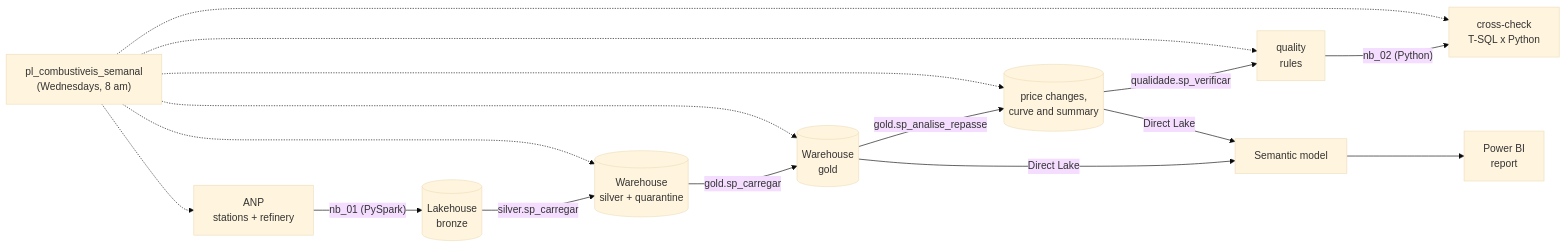
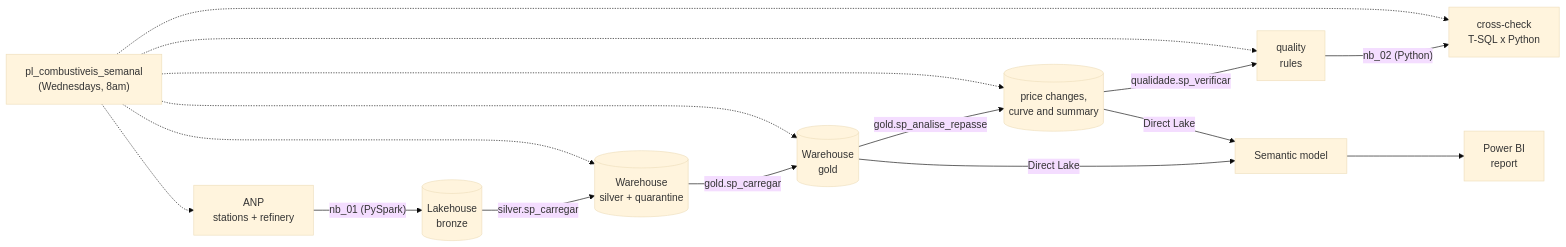
The diagram in README.en.md (GuilhermeRostirolla/precos-combustiveis-fabric), drawn with Mermaid (base theme) before and after one commit. The commit also changed other lines of this file and 6 other files, not shown here.

````diff
--- a/README.en.md
+++ b/README.en.md
@@ -40,11 +42,11 @@
 ```mermaid
 flowchart LR
     ANP["ANP<br/>stations + refinery"] -- "nb_01 (PySpark)" --> LH[("Lakehouse<br/>bronze")]
     LH -- "silver.sp_carregar" --> S[("Warehouse<br/>silver + quarantine")]
     S -- "gold.sp_carregar" --> G[("Warehouse<br/>gold")]
     G -- "gold.sp_analise_repasse" --> R[("price changes,<br/>curve and summary")]
     R -- "qualidade.sp_verificar" --> Q["quality<br/>rules"]
     Q -- "nb_02 (Python)" --> C["cross-check<br/>T-SQL x Python"]
     G & R -- "Direct Lake" --> M["Semantic model"] --> P["Power BI<br/>report"]
-    PL["pl_combustiveis_semanal<br/>(Wednesdays, 8 am)"] -.-> ANP & S & G & R & Q & C
+    PL["pl_combustiveis_semanal<br/>(Wednesdays, 8am)"] -.-> ANP & S & G & R & Q & C
 ```
````
